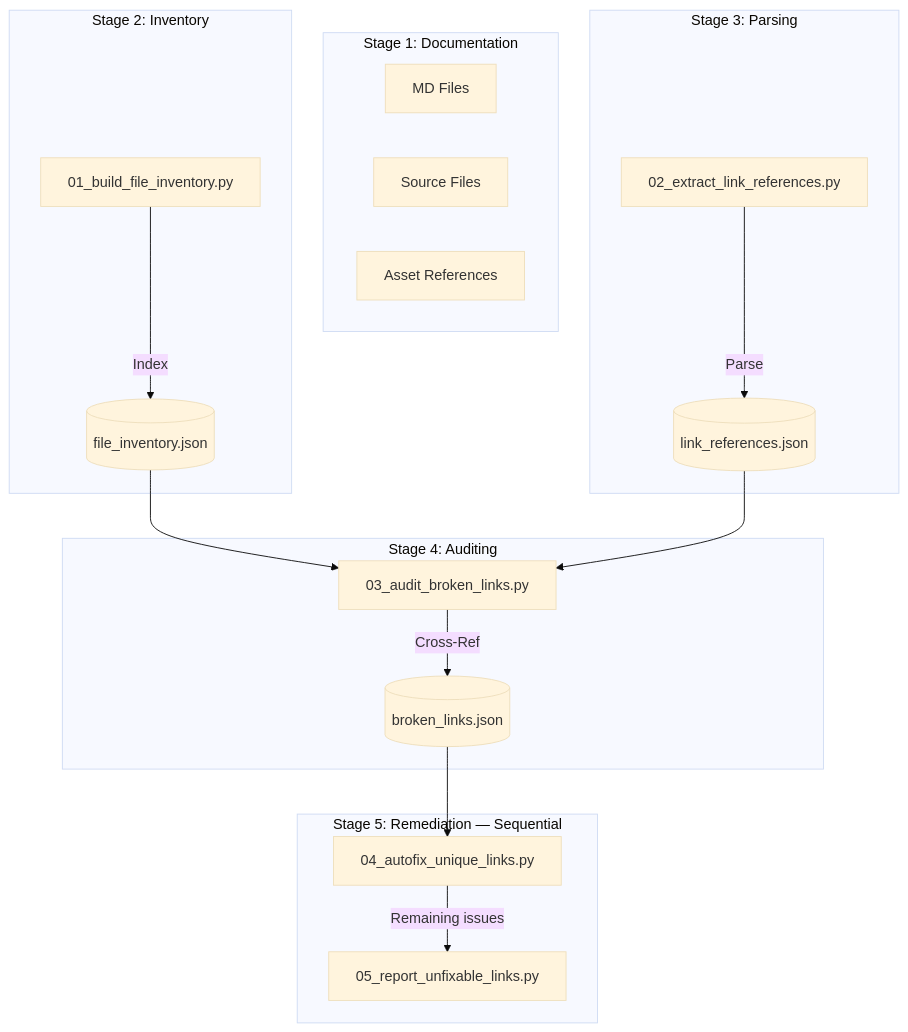
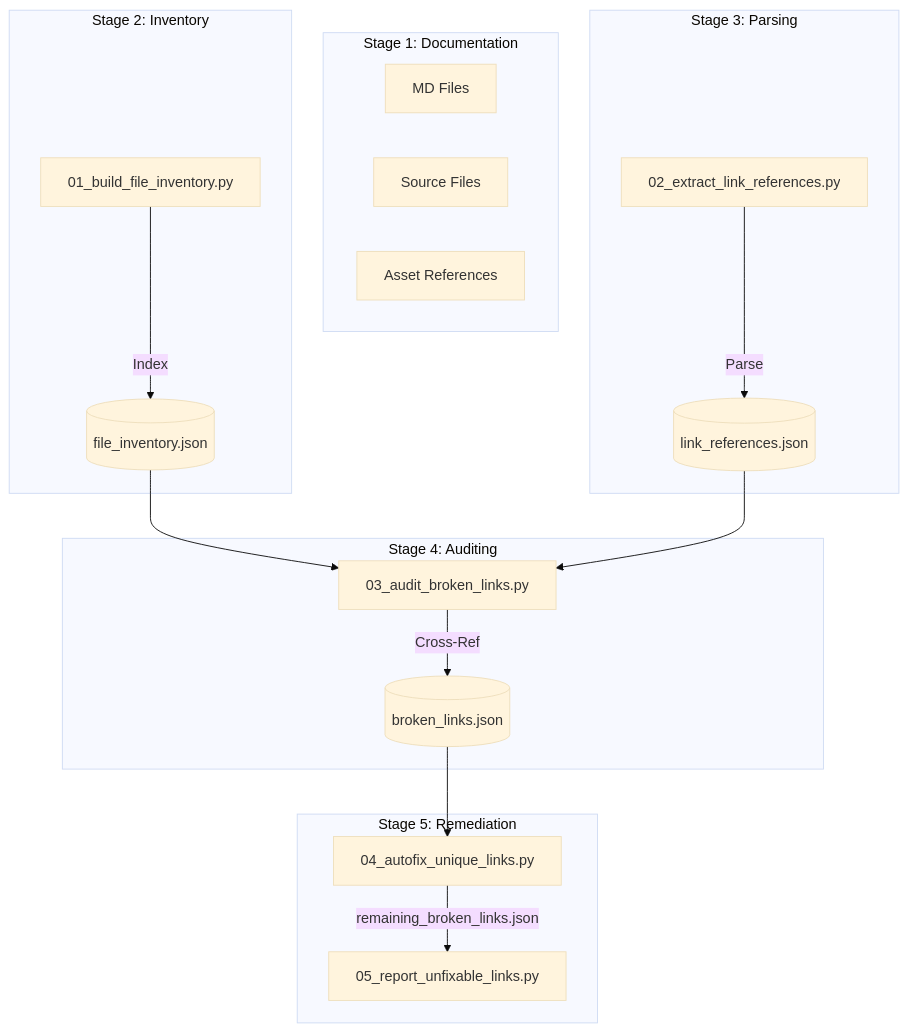
One commit to richfrem/agent-plugins-skills changed the diagram in plugins/link-checker/assets/diagrams/logic.mmd. Above: the diagram before and after it, drawn with Mermaid (base theme). The commit also changed 9 other files, not shown here.

```diff
--- a/plugins/link-checker/assets/diagrams/logic.mmd
+++ b/plugins/link-checker/assets/diagrams/logic.mmd
@@ -1,27 +1,29 @@
 flowchart TD
     subgraph Input [Stage 1: Documentation]
         Doc1[MD Files]
         Doc2[Source Files]
         Doc3[Asset References]
     end
 
     subgraph Discovery [Stage 2: Inventory]
         Mapper[01_build_file_inventory.py]
         Mapper -- Index --> Inv[(file_inventory.json)]
     end
 
     subgraph Extraction [Stage 3: Parsing]
         Extractor[02_extract_link_references.py]
         Extractor -- Parse --> Refs[(link_references.json)]
     end
 
-    subgraph Logic [Stage 4: Auditing]
+    subgraph Audit [Stage 4: Auditing]
         Inv --> Auditor[03_audit_broken_links.py]
         Refs --> Auditor
         Auditor -- Cross-Ref --> Broken[(broken_links.json)]
     end
 
-    subgraph Action [Stage 5: Remediation — Sequential]
-        Broken --> Fixer[04_autofix_unique_links.py]
-        Fixer -- Remaining issues --> Reporter[05_report_unfixable_links.py]
+    subgraph Remediation [Stage 5: Remediation]
+        Fixer[04_autofix_unique_links.py]
+        Fixer -- remaining_broken_links.json --> Reporter[05_report_unfixable_links.py]
     end
+
+    Broken --> Fixer
```
